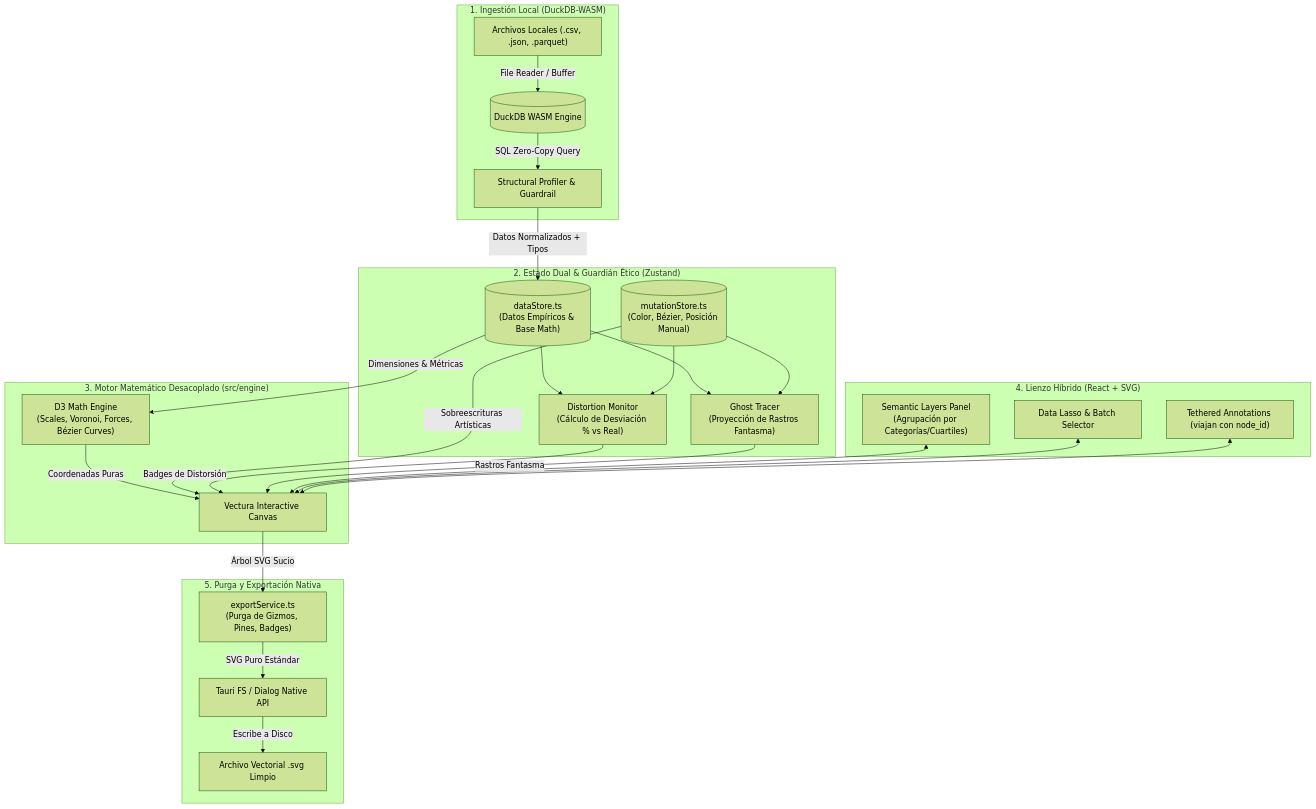
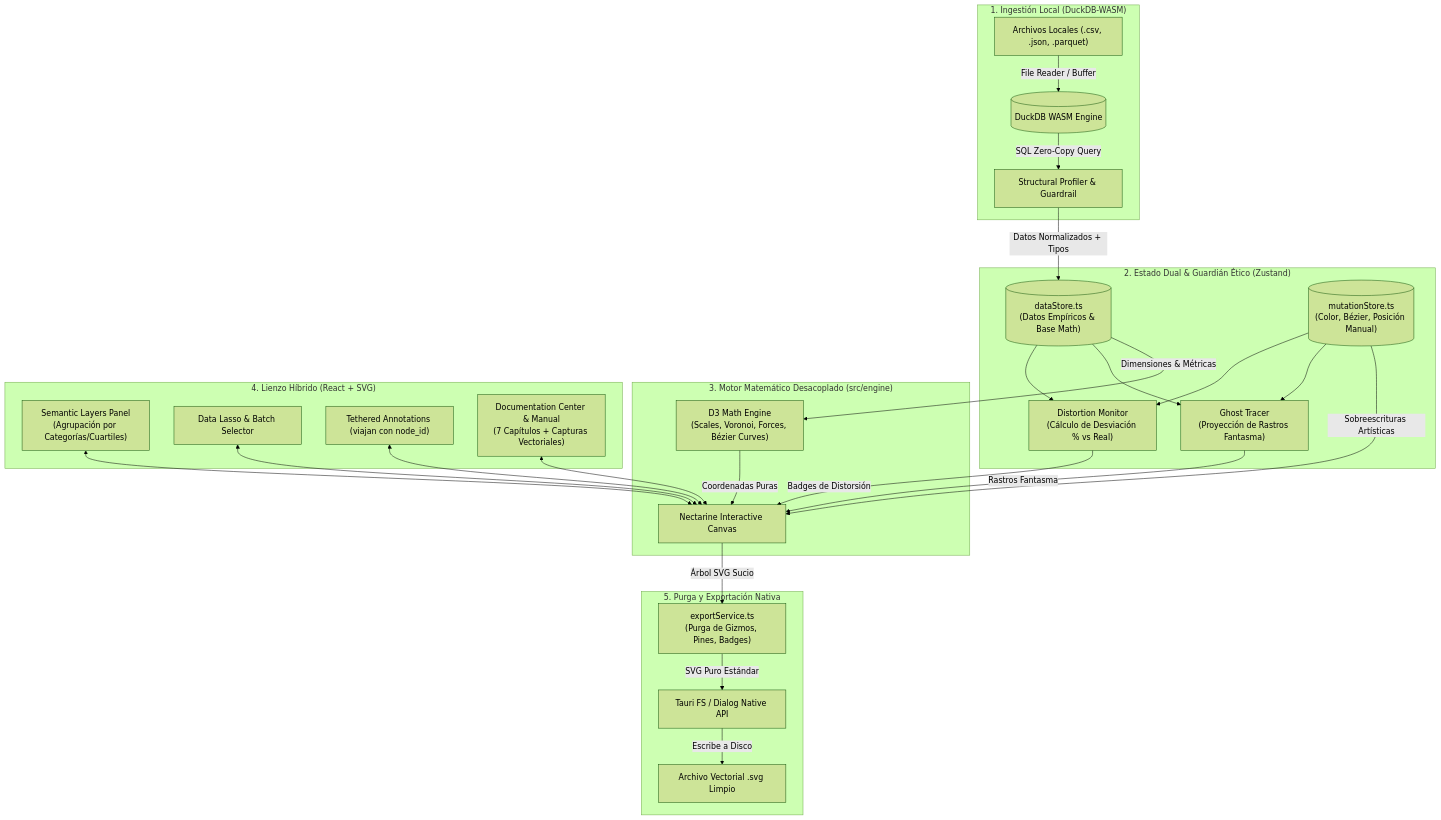
The second of 2 diagrams in PROJECT_MAP.md (joheld/nectarine), drawn with Mermaid (forest theme) before and after one commit. The commit also changed other lines of this file and 6 other files, not shown here.

Commit message:
feat(docs): implement comprehensive documentation modal, vector diagrams, and Warm Swiss de-slop pass

````diff
--- a/PROJECT_MAP.md
+++ b/PROJECT_MAP.md
@@ -52,36 +55,37 @@
 ```mermaid
 flowchart TD
     subgraph Ingestion ["1. Ingestión Local (DuckDB-WASM)"]
         F1["Archivos Locales (.csv, .json, .parquet)"] -->|File Reader / Buffer| DDB[("DuckDB WASM Engine")]
         DDB -->|SQL Zero-Copy Query| DPROF["Structural Profiler & Guardrail"]
     end
 
     subgraph ReactiveState ["2. Estado Dual & Guardián Ético (Zustand)"]
         DPROF -->|Datos Normalizados + Tipos| DS[("dataStore.ts<br/>(Datos Empíricos & Base Math)")]
         MS[("mutationStore.ts<br/>(Color, Bézier, Posición Manual)")]
         
         DS & MS --> DM["Distortion Monitor<br/>(Cálculo de Desviación % vs Real)"]
         DS & MS --> GH["Ghost Tracer<br/>(Proyección de Rastros Fantasma)"]
     end
 
     subgraph MathEngine ["3. Motor Matemático Desacoplado (src/engine)"]
         DS -->|Dimensiones & Métricas| D3E["D3 Math Engine<br/>(Scales, Voronoi, Forces, Bézier Curves)"]
         D3E -->|Coordenadas Puras| CANVAS
     end
 
     subgraph RenderingCanvas ["4. Lienzo Híbrido (React + SVG)"]
-        CANVAS["Vectura Interactive Canvas"]
+        CANVAS["Nectarine Interactive Canvas"]
         MS -->|Sobreescrituras Artísticas| CANVAS
         DM -->|Badges de Distorsión| CANVAS
         GH -->|Rastros Fantasma| CANVAS
         SL["Semantic Layers Panel<br/>(Agrupación por Categorías/Cuartiles)"] <--> CANVAS
         DL["Data Lasso & Batch Selector"] <--> CANVAS
         TA["Tethered Annotations (viajan con node_id)"] <--> CANVAS
+        DOCS["Documentation Center & Manual<br/>(7 Capítulos + Capturas Vectoriales)"] <--> CANVAS
     end
 
     subgraph ExportPipeline ["5. Purga y Exportación Nativa"]
         CANVAS -->|Árbol SVG Sucio| PURGE["exportService.ts<br/>(Purga de Gizmos, Pines, Badges)"]
         PURGE -->|SVG Puro Estándar| TAURI_FS["Tauri FS / Dialog Native API"]
         TAURI_FS -->|Escribe a Disco| DISK["Archivo Vectorial .svg Limpio"]
     end
 ```
````
